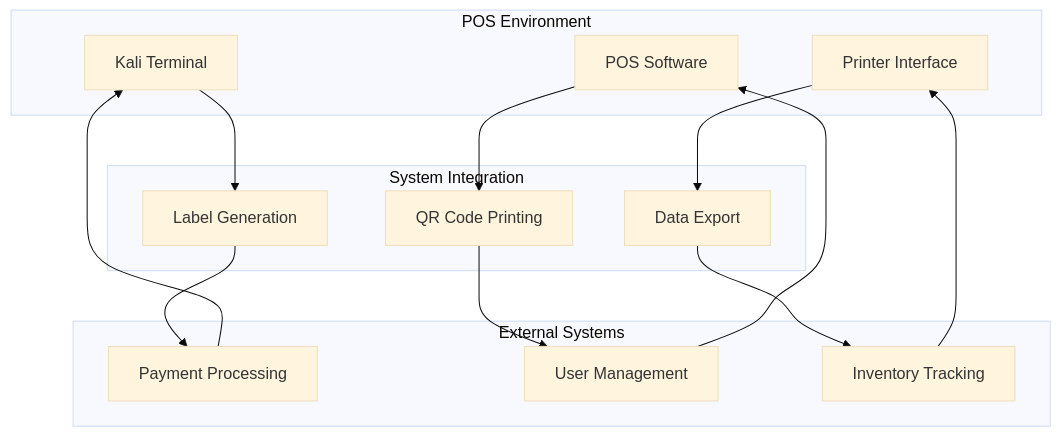
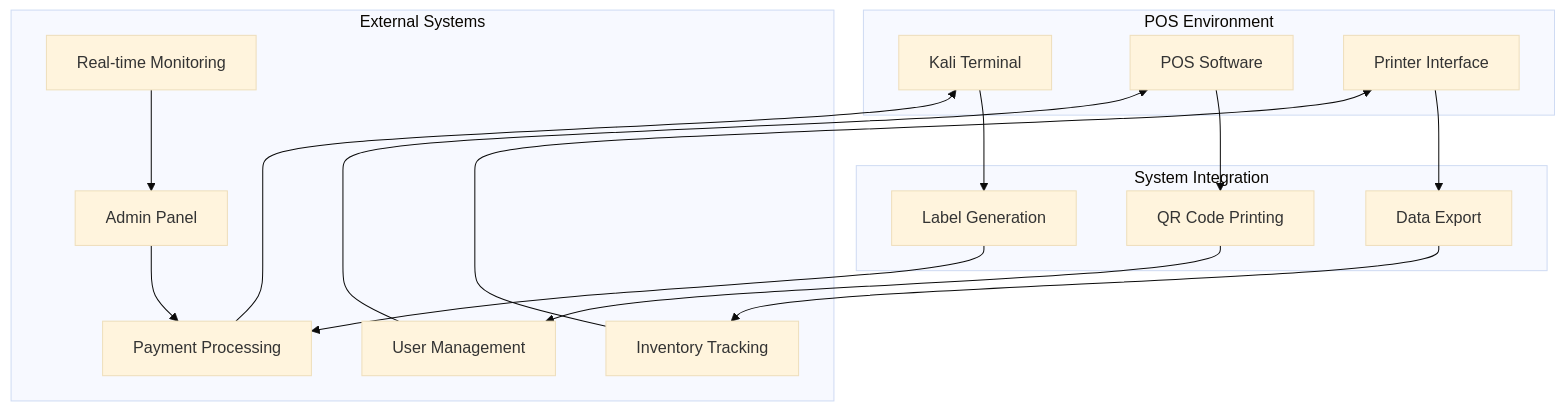
Diagram 16 of 17 in .qoder/repowiki/en/content/Project Overview/Technical Architecture Overview.md (Alexandrexicara/qretiquetas.com), drawn with Mermaid (base theme) before and after one commit. The commit also changed other lines of this file and 6 other files, not shown here.

````diff
--- a/.qoder/repowiki/en/content/Project Overview/Technical Architecture Overview.md
+++ b/.qoder/repowiki/en/content/Project Overview/Technical Architecture Overview.md
@@ -450,27 +716,31 @@
 ```mermaid
 graph TB
 subgraph "POS Environment"
 A[Kali Terminal]
 B[POS Software]
 C[Printer Interface]
 end
 subgraph "System Integration"
 D[Label Generation]
 E[QR Code Printing]
 F[Data Export]
 end
 subgraph "External Systems"
 G[Payment Processing]
 H[User Management]
 I[Inventory Tracking]
+J[Admin Panel]
+K[Real-time Monitoring]
 end
 A --> D
 B --> E
 C --> F
 D --> G
 E --> H
 F --> I
 G --> A
 H --> B
 I --> C
+J --> G
+K --> J
 ```
````
